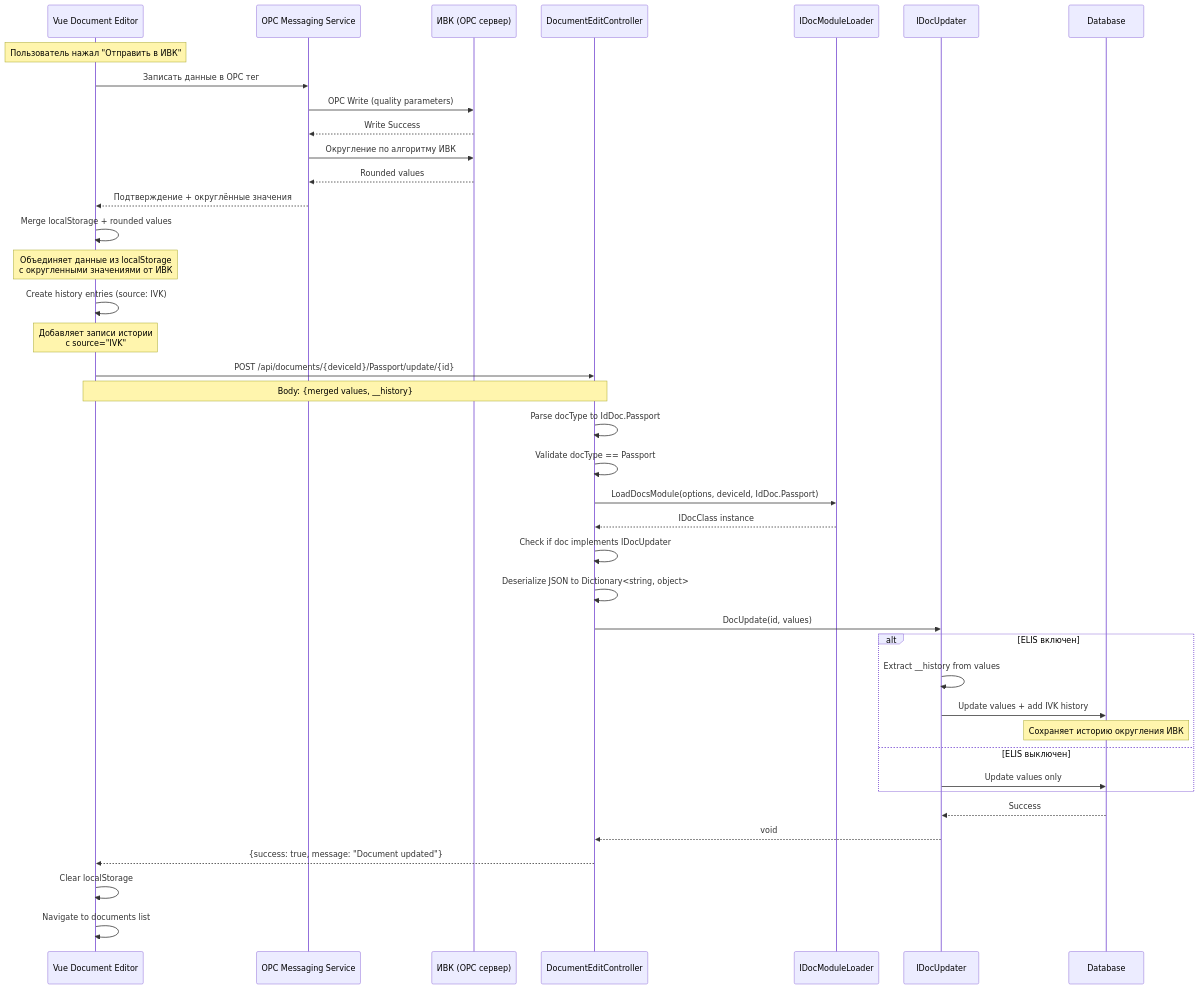
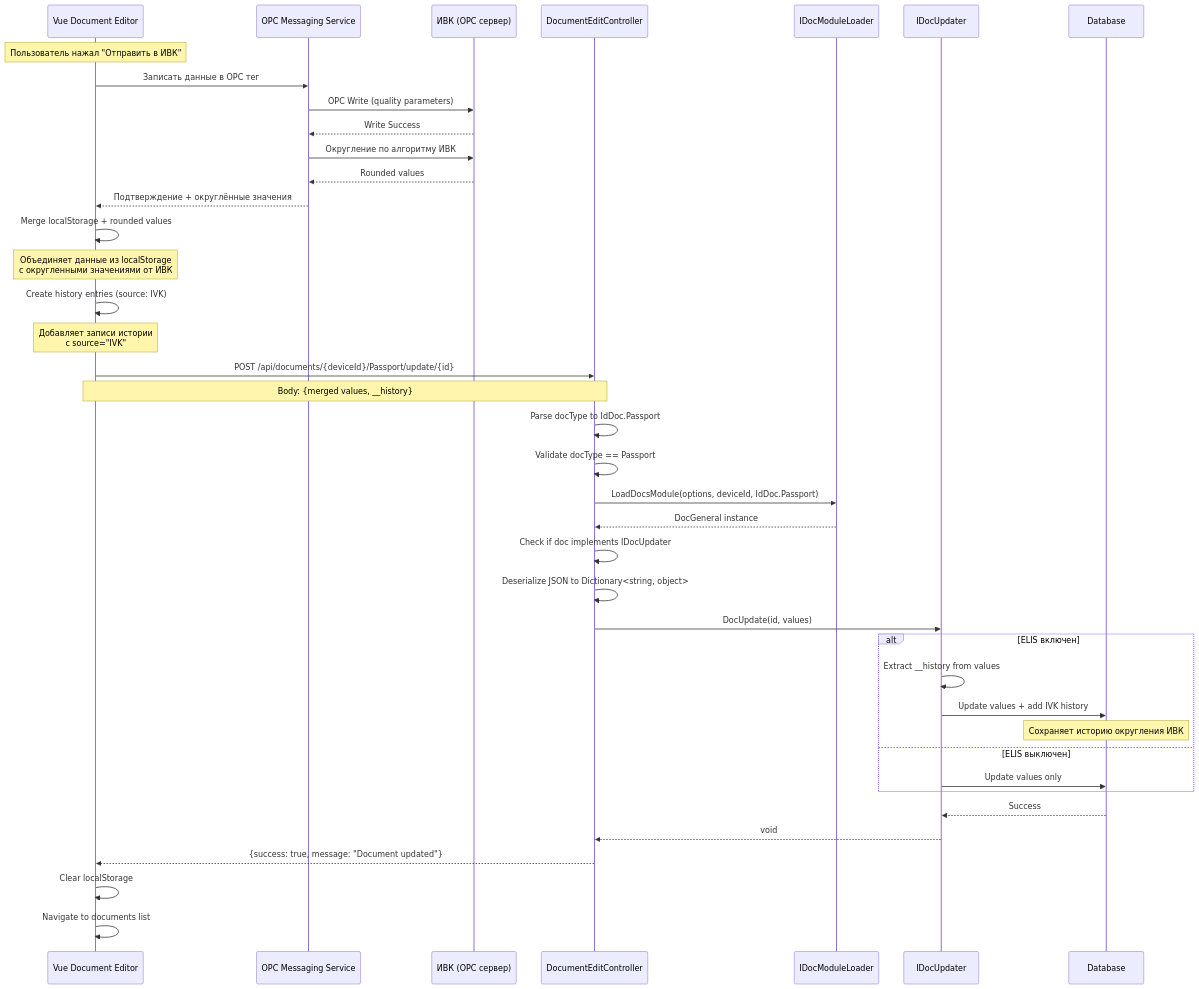
The third of 4 diagrams in docs/api/endpoints.md (tn-ivk/tn-doc), drawn with Mermaid before and after one commit. The commit also changed other lines of this file and 3 other files, not shown here.

````diff
--- a/docs/api/endpoints.md
+++ b/docs/api/endpoints.md
@@ -1083,50 +1083,50 @@
 ```mermaid
 sequenceDiagram
     participant VueApp as Vue Document Editor
     participant MessagingService as OPC Messaging Service
     participant IVK as ИВК (OPC сервер)
     participant API as DocumentEditController
     participant DocModuleLoader as IDocModuleLoader
     participant DocModule as IDocUpdater
     participant DB as Database
 
     Note over VueApp: Пользователь нажал "Отправить в ИВК"
     VueApp->>MessagingService: Записать данные в OPC тег
     MessagingService->>IVK: OPC Write (quality parameters)
     IVK-->>MessagingService: Write Success
     MessagingService->>IVK: Округление по алгоритму ИВК
     IVK-->>MessagingService: Rounded values
     MessagingService-->>VueApp: Подтверждение + округлённые значения
 
     VueApp->>VueApp: Merge localStorage + rounded values
     Note over VueApp: Объединяет данные из localStorage<br/>с округленными значениями от ИВК
 
     VueApp->>VueApp: Create history entries (source: IVK)
     Note over VueApp: Добавляет записи истории<br/>с source="IVK"
 
     VueApp->>API: POST /api/documents/{deviceId}/Passport/update/{id}
     Note over VueApp,API: Body: {merged values, __history}
 
     API->>API: Parse docType to IdDoc.Passport
     API->>API: Validate docType == Passport
     API->>DocModuleLoader: LoadDocsModule(options, deviceId, IdDoc.Passport)
-    DocModuleLoader-->>API: IDocClass instance
+    DocModuleLoader-->>API: DocGeneral instance
 
     API->>API: Check if doc implements IDocUpdater
     API->>API: Deserialize JSON to Dictionary<string, object>
     API->>DocModule: DocUpdate(id, values)
 
     alt ELIS включен
         DocModule->>DocModule: Extract __history from values
         DocModule->>DB: Update values + add IVK history
         Note over DB: Сохраняет историю округления ИВК
     else ELIS выключен
         DocModule->>DB: Update values only
     end
 
     DB-->>DocModule: Success
     DocModule-->>API: void
     API-->>VueApp: {success: true, message: "Document updated"}
     VueApp->>VueApp: Clear localStorage
     VueApp->>VueApp: Navigate to documents list
 ```
````
